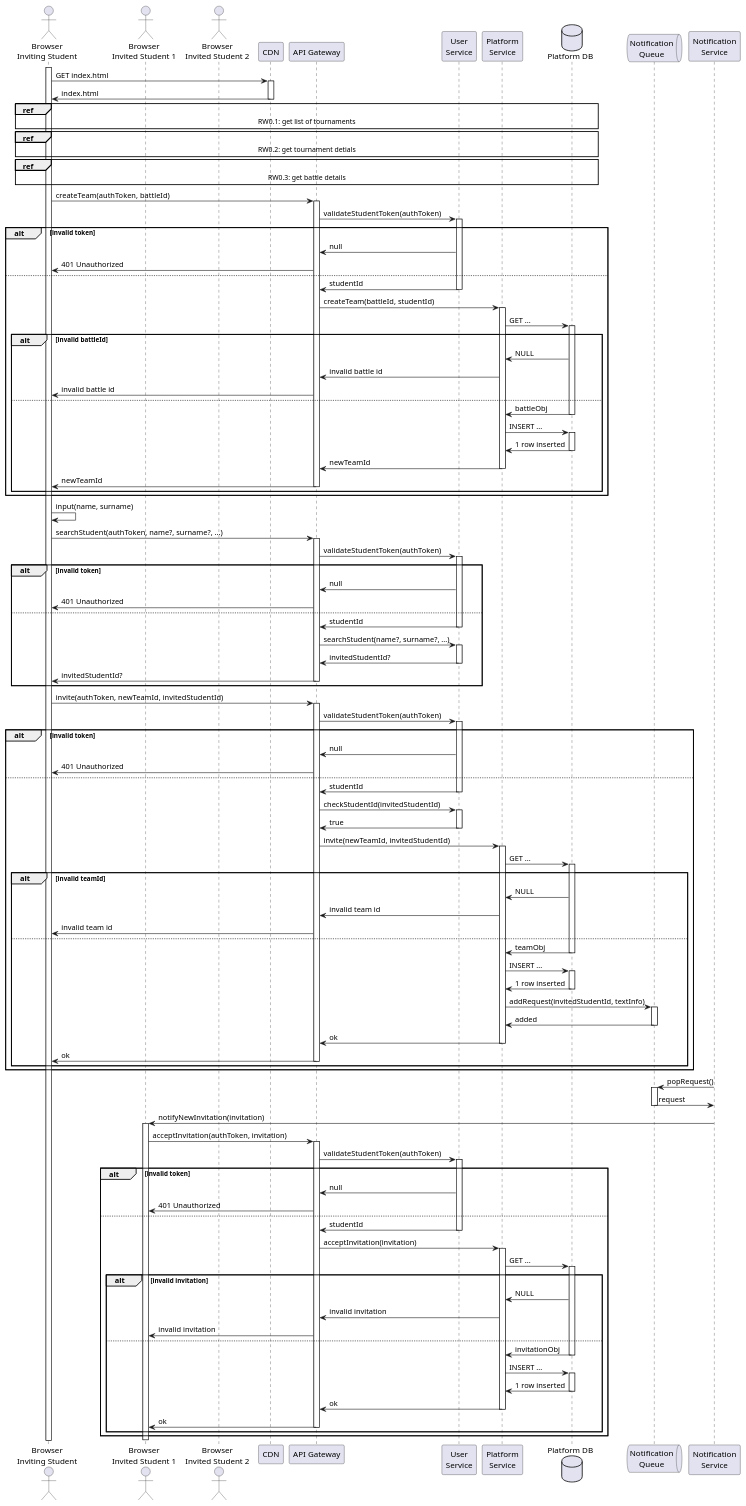
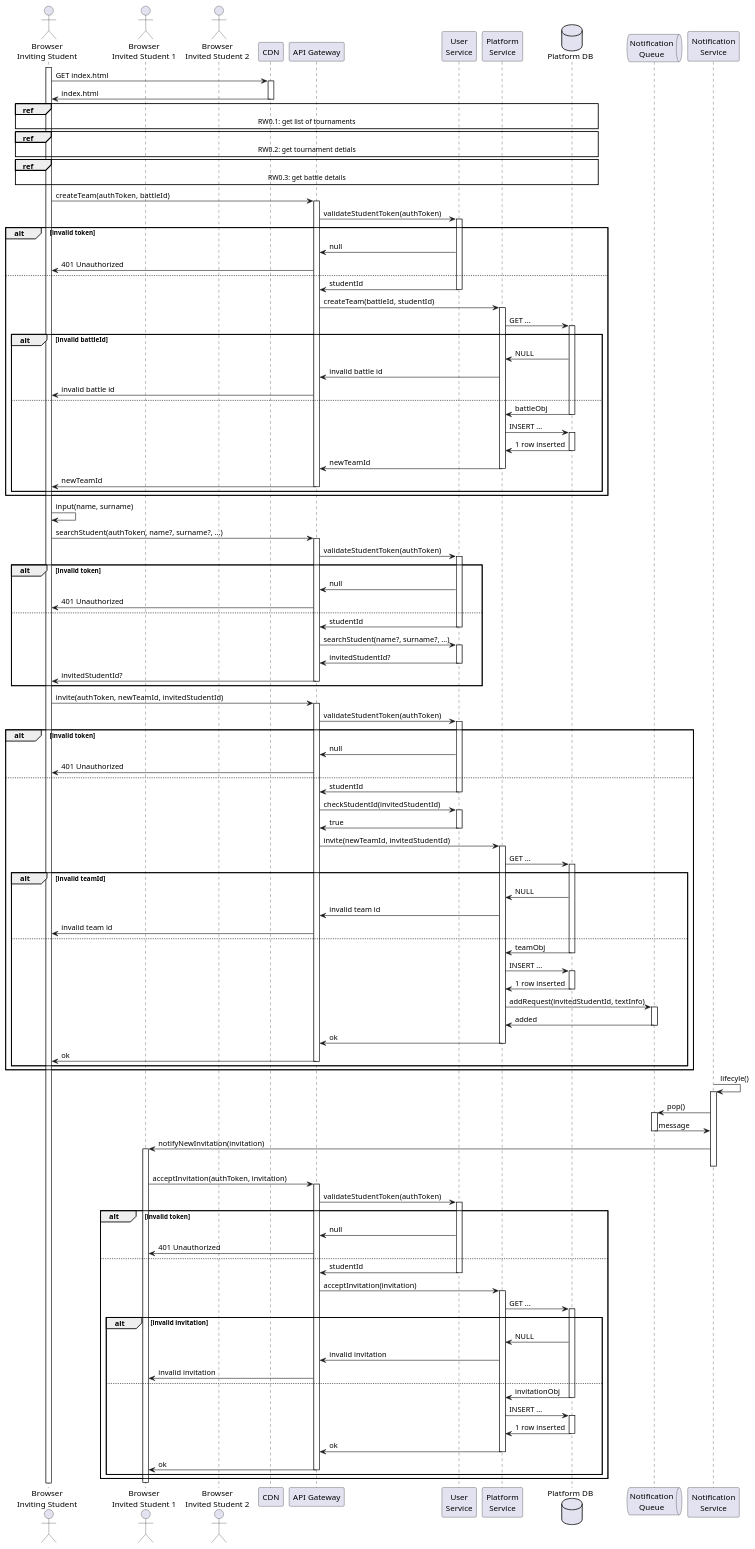
The diagram in dd/puml/rw5-part1.puml (Furrrlo/CodeKataBattle), drawn with PlantUML before and after one commit. The commit also changed 4 other files, not shown here.

```diff
--- a/dd/puml/rw5-part1.puml
+++ b/dd/puml/rw5-part1.puml
@@ -1,118 +1,121 @@
 @startuml RW4 - Students create a team for a tournament battle
 
 actor "Browser\nInviting Student" as Browser
 actor "Browser\nInvited Student 1" as Browser1
 actor "Browser\nInvited Student 2" as Browser2
 participant CDN
 participant "API Gateway" as gateway
 participant "User\nService" as auth
 
 participant "Platform\nService" as platform
 database "Platform DB" as platformDb
 
 queue  "Notification\nQueue" as notificationQueue
 participant "Notification\nService" as notification
 
 
 activate Browser
 Browser -> CDN ++ : GET index.html
 Browser <- CDN -- : index.html
 
 ref over Browser, gateway, auth, platform, platformDb: RW0.1: get list of tournaments
 ref over Browser, gateway, auth, platform, platformDb: RW0.2: get tournament detials
 ref over Browser, gateway, auth, platform, platformDb: RW0.3: get battle details
 
 Browser -> gateway ++ : createTeam(authToken, battleId)
 gateway -> auth ++ : validateStudentToken(authToken)
 alt invalid token
     gateway <- auth : null
     Browser <- gateway : 401 Unauthorized
 else
     gateway <- auth -- : studentId
     gateway -> platform ++ : createTeam(battleId, studentId)
     platform -> platformDb ++ : GET ...
 
     alt invalid battleId
         platform <- platformDb : NULL
         gateway <- platform : invalid battle id
         Browser <- gateway : invalid battle id
     else
         platform <- platformDb -- : battleObj
         platform -> platformDb ++ : INSERT ...
         platform <- platformDb -- : 1 row inserted
         gateway <- platform -- : newTeamId
         Browser <- gateway -- : newTeamId
     end
 end
 
 'INVITE STUDENT 1
 Browser -> Browser : input(name, surname)
 
 Browser -> gateway ++ : searchStudent(authToken, name?, surname?, ...)
 gateway -> auth ++ : validateStudentToken(authToken)
 alt invalid token
     gateway <- auth : null
     Browser <- gateway : 401 Unauthorized
 else
     gateway <- auth -- : studentId
     gateway -> auth ++ : searchStudent(name?, surname?, ...)
     gateway <- auth -- : invitedStudentId?
     Browser <- gateway -- : invitedStudentId?
 end
 
 Browser -> gateway ++ : invite(authToken, newTeamId, invitedStudentId)
 gateway -> auth ++ : validateStudentToken(authToken)
 alt invalid token
     gateway <- auth : null
     Browser <- gateway : 401 Unauthorized
 else
     gateway <- auth -- : studentId
     gateway -> auth ++ : checkStudentId(invitedStudentId)
     gateway <- auth -- : true
     gateway -> platform ++ : invite(newTeamId, invitedStudentId)
     platform -> platformDb ++ : GET ...
 
     alt invalid teamId
         platform <- platformDb : NULL
         gateway <- platform : invalid team id
         Browser <- gateway : invalid team id
     else
         platform <- platformDb -- : teamObj
         platform -> platformDb ++ : INSERT ...
         platform <- platformDb -- : 1 row inserted
         platform -> notificationQueue ++ : addRequest(invitedStudentId, textInfo)
         platform <- notificationQueue -- : added
         gateway <- platform -- : ok
         Browser <- gateway -- : ok
     end
 end
 
 'STUDENT 1 ACCEPTS NOTIFICATION
-notification -> notificationQueue ++ : popRequest()
-notification <- notificationQueue -- : request
+notification -> notification ++ : lifecyle()
+notification -> notificationQueue ++ : pop()
+notification <- notificationQueue -- : message
 notification -> Browser1 ++ : notifyNewInvitation(invitation)
+deactivate notification
+
 Browser1 -> gateway ++ : acceptInvitation(authToken, invitation)
 gateway -> auth ++ : validateStudentToken(authToken)
 alt invalid token
     gateway <- auth : null
     Browser1 <- gateway : 401 Unauthorized
 else
     gateway <- auth -- : studentId
     gateway -> platform ++ : acceptInvitation(invitation)
     platform -> platformDb ++ : GET ...
 
     alt invalid invitation
         platform <- platformDb : NULL
         gateway <- platform : invalid invitation
         Browser1 <- gateway : invalid invitation
     else
         platform <- platformDb -- : invitationObj
         platform -> platformDb ++ : INSERT ...
         platform <- platformDb -- : 1 row inserted
         gateway <- platform -- : ok
         Browser1 <- gateway -- : ok
     end
 end
 deactivate Browser1
 
 @enduml
```
